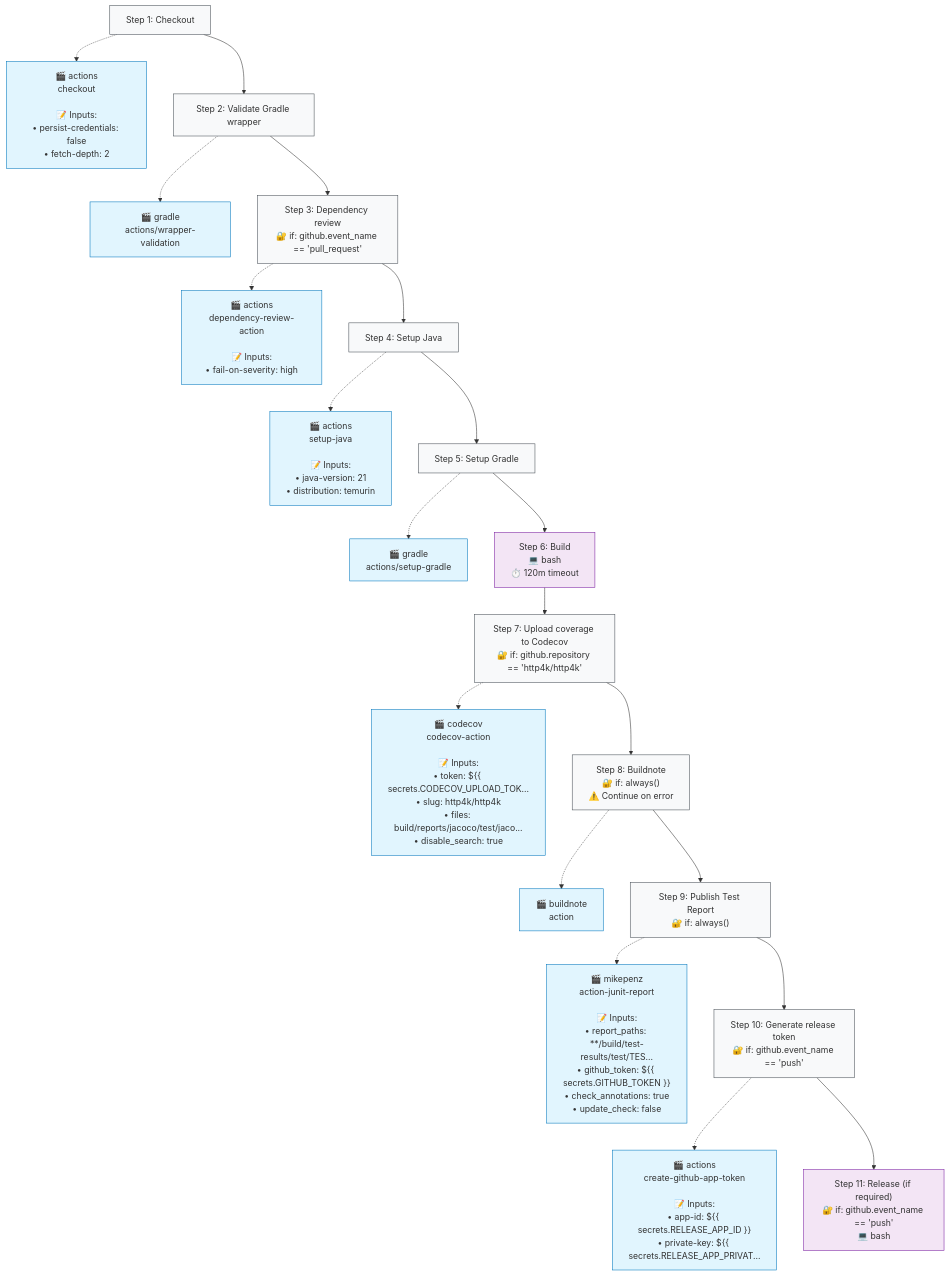
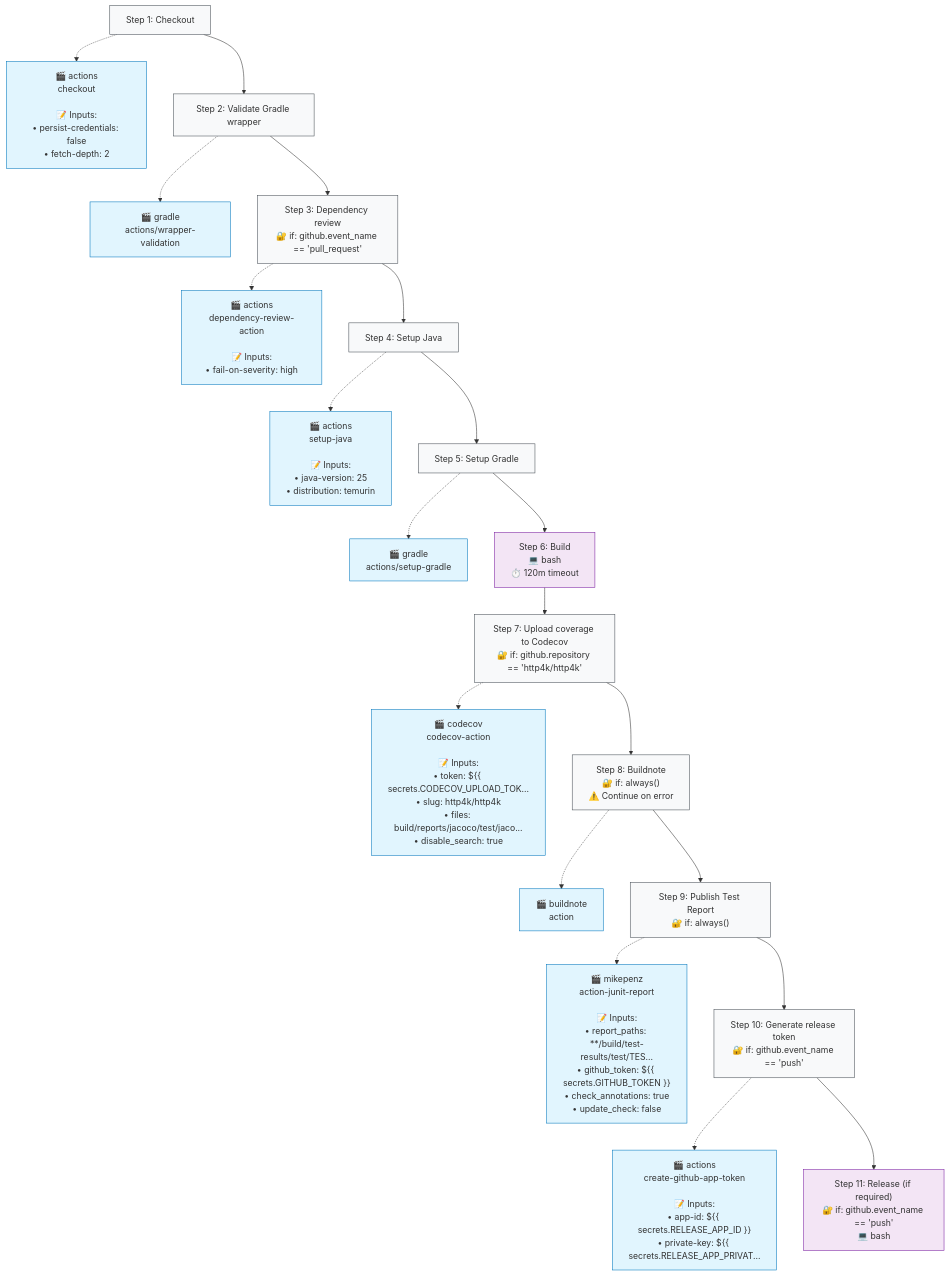
One commit to http4k/http4k changed the second of 2 diagrams in .github/typeflows/build-http4k/README.md. Above: the diagram before and after it, drawn with Mermaid. The commit also changed 29 other files, not shown here.

````diff
--- a/.github/typeflows/build-http4k/README.md
+++ b/.github/typeflows/build-http4k/README.md
@@ -24,63 +24,63 @@
 ```mermaid
 %%{init: {"flowchart": {"curve": "basis"}}}%%
 flowchart TD
     step1["Step 1: Checkout"]
     style step1 fill:#f8f9fa,stroke:#495057
     action1["🎬 actions<br/>checkout<br/><br/>📝 Inputs:<br/>• persist-credentials: false<br/>• fetch-depth: 2"]
     style action1 fill:#e1f5fe,stroke:#0277bd
     step1 -.-> action1
     step2["Step 2: Validate Gradle wrapper"]
     style step2 fill:#f8f9fa,stroke:#495057
     action2["🎬 gradle<br/>actions/wrapper-validation"]
     style action2 fill:#e1f5fe,stroke:#0277bd
     step2 -.-> action2
     step1 --> step2
     step3["Step 3: Dependency review<br/>🔐 if: github.event_name == 'pull_request'"]
     style step3 fill:#f8f9fa,stroke:#495057
     action3["🎬 actions<br/>dependency-review-action<br/><br/>📝 Inputs:<br/>• fail-on-severity: high"]
     style action3 fill:#e1f5fe,stroke:#0277bd
     step3 -.-> action3
     step2 --> step3
     step4["Step 4: Setup Java"]
     style step4 fill:#f8f9fa,stroke:#495057
-    action4["🎬 actions<br/>setup-java<br/><br/>📝 Inputs:<br/>• java-version: 21<br/>• distribution: temurin"]
+    action4["🎬 actions<br/>setup-java<br/><br/>📝 Inputs:<br/>• java-version: 25<br/>• distribution: temurin"]
     style action4 fill:#e1f5fe,stroke:#0277bd
     step4 -.-> action4
     step3 --> step4
     step5["Step 5: Setup Gradle"]
     style step5 fill:#f8f9fa,stroke:#495057
     action5["🎬 gradle<br/>actions/setup-gradle"]
     style action5 fill:#e1f5fe,stroke:#0277bd
     step5 -.-> action5
     step4 --> step5
     step6["Step 6: Build<br/>💻 bash<br/>⏱️ 120m timeout"]
     style step6 fill:#f3e5f5,stroke:#7b1fa2
     step5 --> step6
     step7["Step 7: Upload coverage to Codecov<br/>🔐 if: github.repository == 'http4k/http4k'"]
     style step7 fill:#f8f9fa,stroke:#495057
     action7["🎬 codecov<br/>codecov-action<br/><br/>📝 Inputs:<br/>• token: ${{ secrets.CODECOV_UPLOAD_TOK...<br/>• slug: http4k/http4k<br/>• files: build/reports/jacoco/test/jaco...<br/>• disable_search: true"]
     style action7 fill:#e1f5fe,stroke:#0277bd
     step7 -.-> action7
     step6 --> step7
     step8["Step 8: Buildnote<br/>🔐 if: always()<br/>⚠️ Continue on error"]
     style step8 fill:#f8f9fa,stroke:#495057
     action8["🎬 buildnote<br/>action"]
     style action8 fill:#e1f5fe,stroke:#0277bd
     step8 -.-> action8
     step7 --> step8
     step9["Step 9: Publish Test Report<br/>🔐 if: always()"]
     style step9 fill:#f8f9fa,stroke:#495057
     action9["🎬 mikepenz<br/>action-junit-report<br/><br/>📝 Inputs:<br/>• report_paths: **/build/test-results/test/TES...<br/>• github_token: ${{ secrets.GITHUB_TOKEN }}<br/>• check_annotations: true<br/>• update_check: false"]
     style action9 fill:#e1f5fe,stroke:#0277bd
     step9 -.-> action9
     step8 --> step9
     step10["Step 10: Generate release token<br/>🔐 if: github.event_name == 'push'"]
     style step10 fill:#f8f9fa,stroke:#495057
     action10["🎬 actions<br/>create-github-app-token<br/><br/>📝 Inputs:<br/>• app-id: ${{ secrets.RELEASE_APP_ID }}<br/>• private-key: ${{ secrets.RELEASE_APP_PRIVAT..."]
     style action10 fill:#e1f5fe,stroke:#0277bd
     step10 -.-> action10
     step9 --> step10
     step11["Step 11: Release (if required)<br/>🔐 if: github.event_name == 'push'<br/>💻 bash"]
     style step11 fill:#f3e5f5,stroke:#7b1fa2
     step10 --> step11
 ```
````
